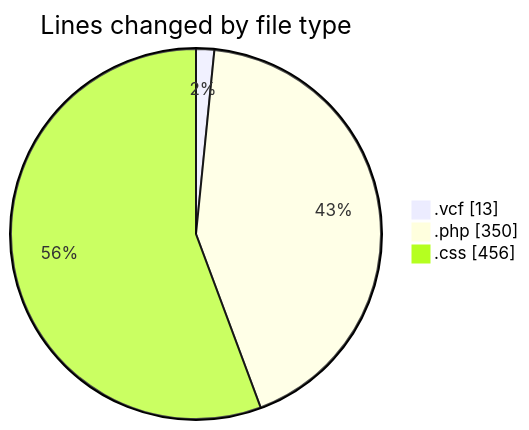
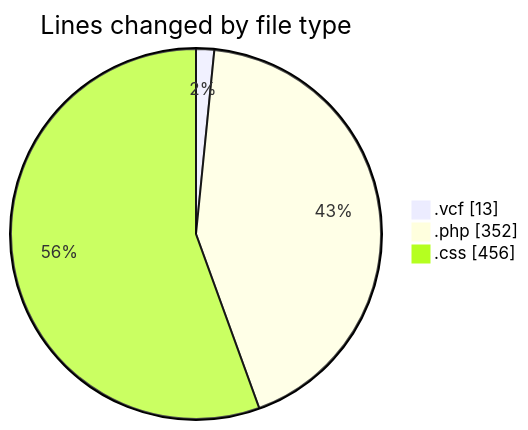
Before and after one commit to LanceThiago/code-tracking: the first of 2 diagrams in 2025-06-03/totem/README.md, drawn with Mermaid. The commit also changed other lines of this file and 1 other file, not shown here.

````diff
--- a/2025-06-03/totem/README.md
+++ b/2025-06-03/totem/README.md
@@ -24,7 +24,7 @@
 ```mermaid
 pie showData
 title Lines changed by file type
 ".vcf" : 13
-".php" : 350
+".php" : 352
 ".css" : 456
 ```
````
